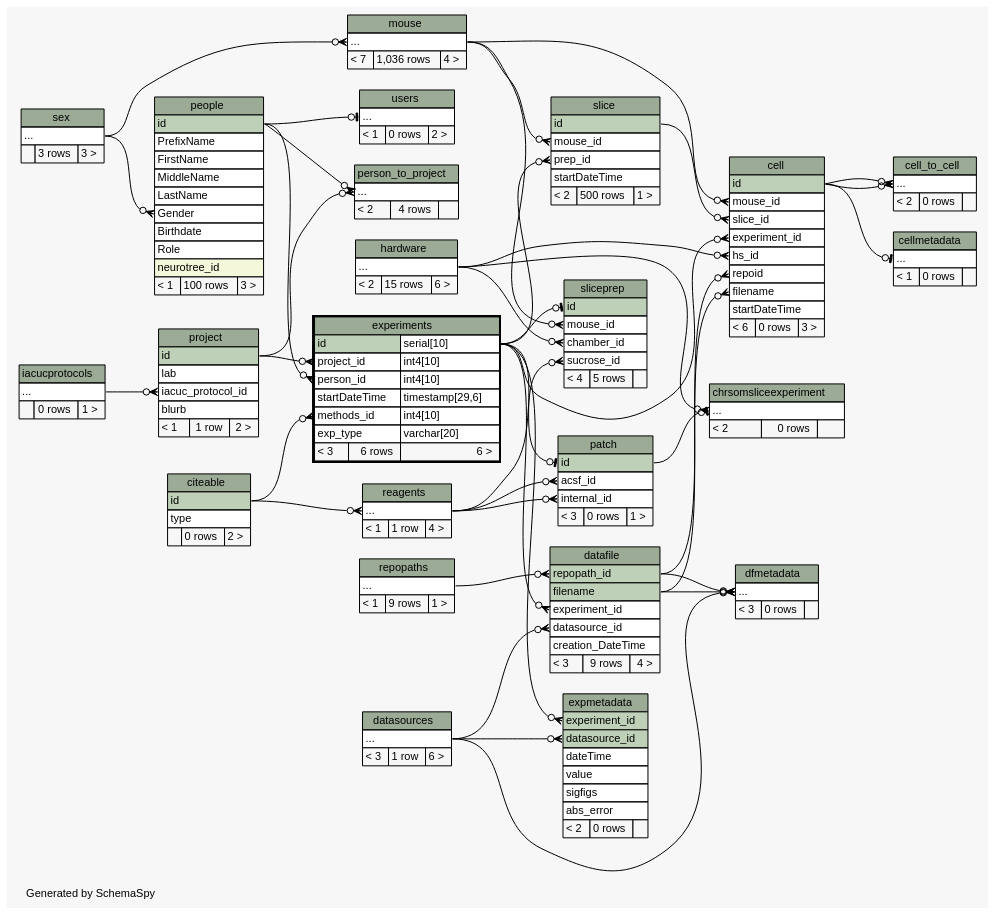
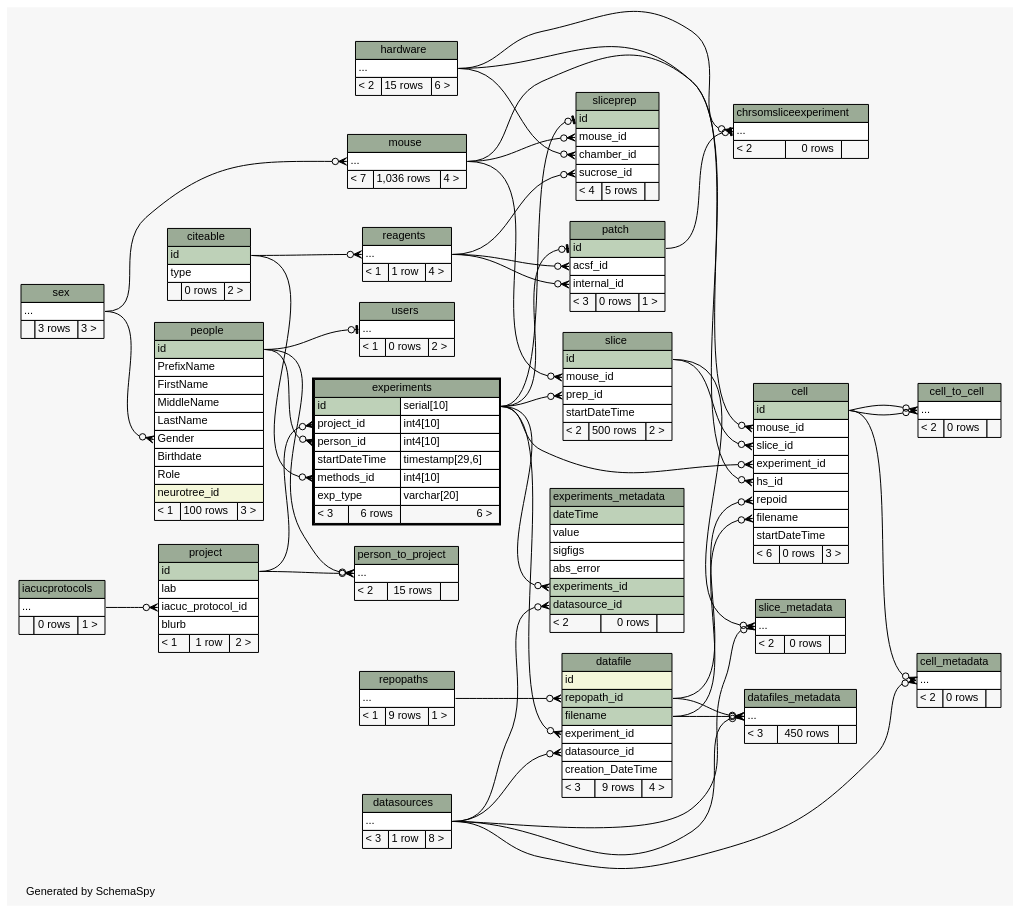
Before and after one commit to tgbugs/mlab: the diagram in database/ss/diagrams/experiments.2degrees.dot, drawn with Graphviz. The commit also changed 153 other files, not shown here.

Commit message:
fleshing out the patch and slice experiments so I can work on cells which are going to need a rethink since each subject can have multiple datafiles which sucks since it ends up being a many to many ;_;

```diff
--- a/database/ss/diagrams/experiments.2degrees.dot
+++ b/database/ss/diagrams/experiments.2degrees.dot
@@ -25,22 +25,23 @@
   "cell":"mouse_id":w -> "mouse":"elipses":e [arrowhead=none dir=back arrowtail=crowodot];
   "cell":"repoid":w -> "datafile":"repopath_id":e [arrowhead=none dir=back arrowtail=crowodot];
   "cell":"slice_id":w -> "slice":"id":e [arrowhead=none dir=back arrowtail=crowodot];
+  "cell_metadata":"elipses":w -> "cell":"id":e [arrowhead=none dir=back arrowtail=crowodot];
+  "cell_metadata":"elipses":w -> "datasources":"elipses":e [arrowhead=none dir=back arrowtail=crowodot];
   "cell_to_cell":"elipses":w -> "cell":"id":e [arrowhead=none dir=back arrowtail=crowodot];
   "cell_to_cell":"elipses":w -> "cell":"id":e [arrowhead=none dir=back arrowtail=crowodot];
-  "cellmetadata":"elipses":w -> "cell":"id":e [arrowhead=none dir=back arrowtail=teeodot];
   "chrsomsliceexperiment":"elipses":w -> "patch":"id":e [arrowhead=none dir=back arrowtail=teeodot];
   "chrsomsliceexperiment":"elipses":w -> "hardware":"elipses":e [arrowhead=none dir=back arrowtail=crowodot];
   "datafile":"datasource_id":w -> "datasources":"elipses":e [arrowhead=none dir=back arrowtail=crowodot];
   "datafile":"experiment_id":w -> "experiments":"id.type":e [arrowhead=none dir=back arrowtail=crowodot];
   "datafile":"repopath_id":w -> "repopaths":"elipses":e [arrowhead=none dir=back arrowtail=crowodot];
-  "dfmetadata":"elipses":w -> "datasources":"elipses":e [arrowhead=none dir=back arrowtail=crowodot];
-  "dfmetadata":"elipses":w -> "datafile":"filename":e [arrowhead=none dir=back arrowtail=crowodot];
-  "dfmetadata":"elipses":w -> "datafile":"repopath_id":e [arrowhead=none dir=back arrowtail=crowodot];
+  "datafiles_metadata":"elipses":w -> "datasources":"elipses":e [arrowhead=none dir=back arrowtail=crowodot];
+  "datafiles_metadata":"elipses":w -> "datafile":"filename":e [arrowhead=none dir=back arrowtail=crowodot];
+  "datafiles_metadata":"elipses":w -> "datafile":"repopath_id":e [arrowhead=none dir=back arrowtail=crowodot];
   "experiments":"methods_id":w -> "citeable":"id":e [arrowhead=none dir=back arrowtail=crowodot];
   "experiments":"person_id":w -> "people":"id":e [arrowhead=none dir=back arrowtail=crowodot];
   "experiments":"project_id":w -> "project":"id":e [arrowhead=none dir=back arrowtail=crowodot];
-  "expmetadata":"datasource_id":w -> "datasources":"elipses":e [arrowhead=none dir=back arrowtail=crowodot];
-  "expmetadata":"experiment_id":w -> "experiments":"id.type":e [arrowhead=none dir=back arrowtail=crowodot];
+  "experiments_metadata":"datasource_id":w -> "datasources":"elipses":e [arrowhead=none dir=back arrowtail=crowodot];
+  "experiments_metadata":"experiments_id":w -> "experiments":"id.type":e [arrowhead=none dir=back arrowtail=crowodot];
   "mouse":"elipses":w -> "sex":"elipses":e [arrowhead=none dir=back arrowtail=crowodot];
   "patch":"acsf_id":w -> "reagents":"elipses":e [arrowhead=none dir=back arrowtail=crowodot];
   "patch":"id":w -> "experiments":"id.type":e [arrowhead=none dir=back arrowtail=teeodot];
@@ -52,6 +53,8 @@
   "reagents":"elipses":w -> "citeable":"id":e [arrowhead=none dir=back arrowtail=crowodot];
   "slice":"mouse_id":w -> "mouse":"elipses":e [arrowhead=none dir=back arrowtail=crowodot];
   "slice":"prep_id":w -> "experiments":"id.type":e [arrowhead=none dir=back arrowtail=crowodot];
+  "slice_metadata":"elipses":w -> "datasources":"elipses":e [arrowhead=none dir=back arrowtail=crowodot];
+  "slice_metadata":"elipses":w -> "slice":"id":e [arrowhead=none dir=back arrowtail=crowodot];
   "sliceprep":"chamber_id":w -> "hardware":"elipses":e [arrowhead=none dir=back arrowtail=crowodot];
   "sliceprep":"id":w -> "experiments":"id.type":e [arrowhead=none dir=back arrowtail=teeodot];
   "sliceprep":"mouse_id":w -> "mouse":"elipses":e [arrowhead=none dir=back arrowtail=crowodot];
@@ -74,6 +77,16 @@
     URL="cell.html"
     tooltip="cell"
   ];
+  "cell_metadata" [
+    label=<
+    <TABLE BORDER="0" CELLBORDER="1" CELLSPACING="0" BGCOLOR="#ffffff">
+      <TR><TD COLSPAN="3" BGCOLOR="#9bab96" ALIGN="CENTER">cell_metadata</TD></TR>
+      <TR><TD PORT="elipses" COLSPAN="3" ALIGN="LEFT">...</TD></TR>
+      <TR><TD ALIGN="LEFT" BGCOLOR="#f7f7f7">&lt; 2</TD><TD ALIGN="RIGHT" BGCOLOR="#f7f7f7">0 rows</TD><TD ALIGN="RIGHT" BGCOLOR="#f7f7f7">  </TD></TR>
+    </TABLE>>
+    URL="cell_metadata.html"
+    tooltip="cell_metadata"
+  ];
   "cell_to_cell" [
     label=<
     <TABLE BORDER="0" CELLBORDER="1" CELLSPACING="0" BGCOLOR="#ffffff">
@@ -83,16 +96,6 @@
     </TABLE>>
     URL="cell_to_cell.html"
     tooltip="cell_to_cell"
-  ];
-  "cellmetadata" [
-    label=<
-    <TABLE BORDER="0" CELLBORDER="1" CELLSPACING="0" BGCOLOR="#ffffff">
-      <TR><TD COLSPAN="3" BGCOLOR="#9bab96" ALIGN="CENTER">cellmetadata</TD></TR>
-      <TR><TD PORT="elipses" COLSPAN="3" ALIGN="LEFT">...</TD></TR>
-      <TR><TD ALIGN="LEFT" BGCOLOR="#f7f7f7">&lt; 1</TD><TD ALIGN="RIGHT" BGCOLOR="#f7f7f7">0 rows</TD><TD ALIGN="RIGHT" BGCOLOR="#f7f7f7">  </TD></TR>
-    </TABLE>>
-    URL="cellmetadata.html"
-    tooltip="cellmetadata"
   ];
   "chrsomsliceexperiment" [
     label=<
@@ -119,6 +122,7 @@
     label=<
     <TABLE BORDER="0" CELLBORDER="1" CELLSPACING="0" BGCOLOR="#ffffff">
       <TR><TD COLSPAN="3" BGCOLOR="#9bab96" ALIGN="CENTER">datafile</TD></TR>
+      <TR><TD PORT="id" COLSPAN="3" BGCOLOR="#f4f7da" ALIGN="LEFT">id</TD></TR>
       <TR><TD PORT="repopath_id" COLSPAN="3" BGCOLOR="#bed1b8" ALIGN="LEFT">repopath_id</TD></TR>
       <TR><TD PORT="filename" COLSPAN="3" BGCOLOR="#bed1b8" ALIGN="LEFT">filename</TD></TR>
       <TR><TD PORT="experiment_id" COLSPAN="3" ALIGN="LEFT">experiment_id</TD></TR>
@@ -129,25 +133,25 @@
     URL="datafile.html"
     tooltip="datafile"
   ];
+  "datafiles_metadata" [
+    label=<
+    <TABLE BORDER="0" CELLBORDER="1" CELLSPACING="0" BGCOLOR="#ffffff">
+      <TR><TD COLSPAN="3" BGCOLOR="#9bab96" ALIGN="CENTER">datafiles_metadata</TD></TR>
+      <TR><TD PORT="elipses" COLSPAN="3" ALIGN="LEFT">...</TD></TR>
+      <TR><TD ALIGN="LEFT" BGCOLOR="#f7f7f7">&lt; 3</TD><TD ALIGN="RIGHT" BGCOLOR="#f7f7f7">450 rows</TD><TD ALIGN="RIGHT" BGCOLOR="#f7f7f7">  </TD></TR>
+    </TABLE>>
+    URL="datafiles_metadata.html"
+    tooltip="datafiles_metadata"
+  ];
   "datasources" [
     label=<
     <TABLE BORDER="0" CELLBORDER="1" CELLSPACING="0" BGCOLOR="#ffffff">
       <TR><TD COLSPAN="3" BGCOLOR="#9bab96" ALIGN="CENTER">datasources</TD></TR>
       <TR><TD PORT="elipses" COLSPAN="3" ALIGN="LEFT">...</TD></TR>
-      <TR><TD ALIGN="LEFT" BGCOLOR="#f7f7f7">&lt; 3</TD><TD ALIGN="RIGHT" BGCOLOR="#f7f7f7">1 row</TD><TD ALIGN="RIGHT" BGCOLOR="#f7f7f7">6 &gt;</TD></TR>
+      <TR><TD ALIGN="LEFT" BGCOLOR="#f7f7f7">&lt; 3</TD><TD ALIGN="RIGHT" BGCOLOR="#f7f7f7">1 row</TD><TD ALIGN="RIGHT" BGCOLOR="#f7f7f7">8 &gt;</TD></TR>
     </TABLE>>
     URL="datasources.html"
     tooltip="datasources"
-  ];
-  "dfmetadata" [
-    label=<
-    <TABLE BORDER="0" CELLBORDER="1" CELLSPACING="0" BGCOLOR="#ffffff">
-      <TR><TD COLSPAN="3" BGCOLOR="#9bab96" ALIGN="CENTER">dfmetadata</TD></TR>
-      <TR><TD PORT="elipses" COLSPAN="3" ALIGN="LEFT">...</TD></TR>
-      <TR><TD ALIGN="LEFT" BGCOLOR="#f7f7f7">&lt; 3</TD><TD ALIGN="RIGHT" BGCOLOR="#f7f7f7">0 rows</TD><TD ALIGN="RIGHT" BGCOLOR="#f7f7f7">  </TD></TR>
-    </TABLE>>
-    URL="dfmetadata.html"
-    tooltip="dfmetadata"
   ];
   "experiments" [
     label=<
@@ -164,20 +168,20 @@
     URL="experiments.html"
     tooltip="experiments"
   ];
-  "expmetadata" [
+  "experiments_metadata" [
     label=<
     <TABLE BORDER="0" CELLBORDER="1" CELLSPACING="0" BGCOLOR="#ffffff">
-      <TR><TD COLSPAN="3" BGCOLOR="#9bab96" ALIGN="CENTER">expmetadata</TD></TR>
-      <TR><TD PORT="experiment_id" COLSPAN="3" BGCOLOR="#bed1b8" ALIGN="LEFT">experiment_id</TD></TR>
-      <TR><TD PORT="datasource_id" COLSPAN="3" BGCOLOR="#bed1b8" ALIGN="LEFT">datasource_id</TD></TR>
-      <TR><TD PORT="dateTime" COLSPAN="3" ALIGN="LEFT">dateTime</TD></TR>
+      <TR><TD COLSPAN="3" BGCOLOR="#9bab96" ALIGN="CENTER">experiments_metadata</TD></TR>
+      <TR><TD PORT="dateTime" COLSPAN="3" BGCOLOR="#bed1b8" ALIGN="LEFT">dateTime</TD></TR>
       <TR><TD PORT="value" COLSPAN="3" ALIGN="LEFT">value</TD></TR>
       <TR><TD PORT="sigfigs" COLSPAN="3" ALIGN="LEFT">sigfigs</TD></TR>
       <TR><TD PORT="abs_error" COLSPAN="3" ALIGN="LEFT">abs_error</TD></TR>
+      <TR><TD PORT="experiments_id" COLSPAN="3" BGCOLOR="#bed1b8" ALIGN="LEFT">experiments_id</TD></TR>
+      <TR><TD PORT="datasource_id" COLSPAN="3" BGCOLOR="#bed1b8" ALIGN="LEFT">datasource_id</TD></TR>
       <TR><TD ALIGN="LEFT" BGCOLOR="#f7f7f7">&lt; 2</TD><TD ALIGN="RIGHT" BGCOLOR="#f7f7f7">0 rows</TD><TD ALIGN="RIGHT" BGCOLOR="#f7f7f7">  </TD></TR>
     </TABLE>>
-    URL="expmetadata.html"
-    tooltip="expmetadata"
+    URL="experiments_metadata.html"
+    tooltip="experiments_metadata"
   ];
   "hardware" [
     label=<
@@ -244,7 +248,7 @@
     <TABLE BORDER="0" CELLBORDER="1" CELLSPACING="0" BGCOLOR="#ffffff">
       <TR><TD COLSPAN="3" BGCOLOR="#9bab96" ALIGN="CENTER">person_to_project</TD></TR>
       <TR><TD PORT="elipses" COLSPAN="3" ALIGN="LEFT">...</TD></TR>
-      <TR><TD ALIGN="LEFT" BGCOLOR="#f7f7f7">&lt; 2</TD><TD ALIGN="RIGHT" BGCOLOR="#f7f7f7">4 rows</TD><TD ALIGN="RIGHT" BGCOLOR="#f7f7f7">  </TD></TR>
+      <TR><TD ALIGN="LEFT" BGCOLOR="#f7f7f7">&lt; 2</TD><TD ALIGN="RIGHT" BGCOLOR="#f7f7f7">15 rows</TD><TD ALIGN="RIGHT" BGCOLOR="#f7f7f7">  </TD></TR>
     </TABLE>>
     URL="person_to_project.html"
     tooltip="person_to_project"
@@ -300,10 +304,20 @@
       <TR><TD PORT="mouse_id" COLSPAN="3" ALIGN="LEFT">mouse_id</TD></TR>
       <TR><TD PORT="prep_id" COLSPAN="3" ALIGN="LEFT">prep_id</TD></TR>
       <TR><TD PORT="startDateTime" COLSPAN="3" ALIGN="LEFT">startDateTime</TD></TR>
-      <TR><TD ALIGN="LEFT" BGCOLOR="#f7f7f7">&lt; 2</TD><TD ALIGN="RIGHT" BGCOLOR="#f7f7f7">500 rows</TD><TD ALIGN="RIGHT" BGCOLOR="#f7f7f7">1 &gt;</TD></TR>
+      <TR><TD ALIGN="LEFT" BGCOLOR="#f7f7f7">&lt; 2</TD><TD ALIGN="RIGHT" BGCOLOR="#f7f7f7">500 rows</TD><TD ALIGN="RIGHT" BGCOLOR="#f7f7f7">2 &gt;</TD></TR>
     </TABLE>>
     URL="slice.html"
     tooltip="slice"
+  ];
+  "slice_metadata" [
+    label=<
+    <TABLE BORDER="0" CELLBORDER="1" CELLSPACING="0" BGCOLOR="#ffffff">
+      <TR><TD COLSPAN="3" BGCOLOR="#9bab96" ALIGN="CENTER">slice_metadata</TD></TR>
+      <TR><TD PORT="elipses" COLSPAN="3" ALIGN="LEFT">...</TD></TR>
+      <TR><TD ALIGN="LEFT" BGCOLOR="#f7f7f7">&lt; 2</TD><TD ALIGN="RIGHT" BGCOLOR="#f7f7f7">0 rows</TD><TD ALIGN="RIGHT" BGCOLOR="#f7f7f7">  </TD></TR>
+    </TABLE>>
+    URL="slice_metadata.html"
+    tooltip="slice_metadata"
   ];
   "sliceprep" [
     label=<
```
